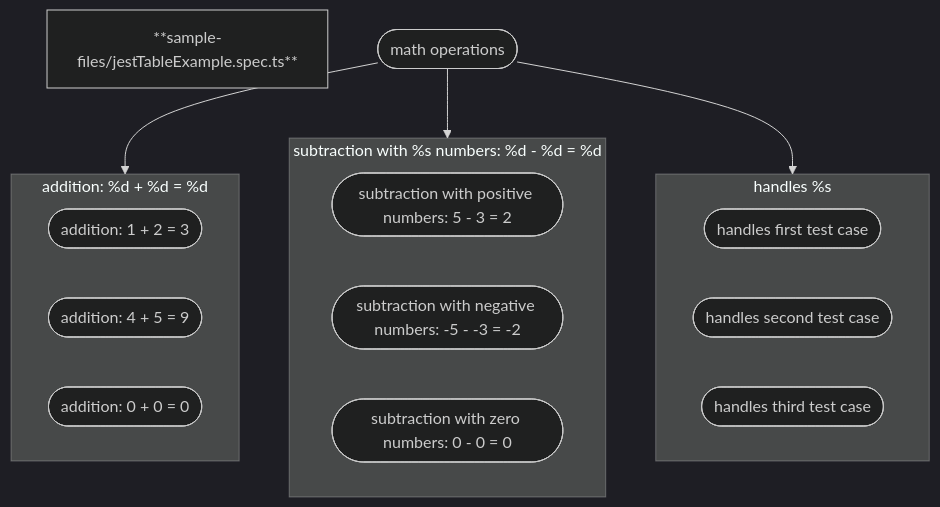
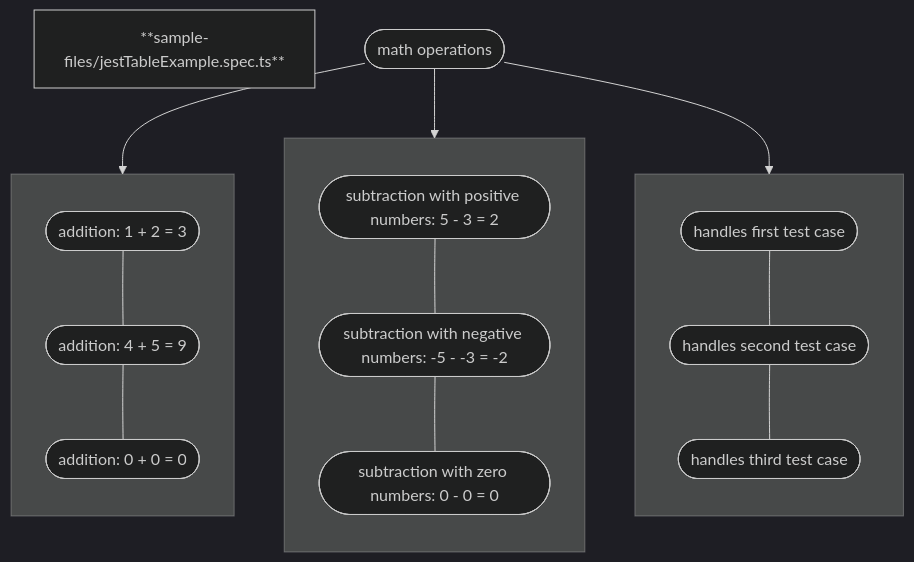
The diagram in sample-files/jestTableExample.spec.ts.mmd (arnaudrenaud/speccharts), drawn with Mermaid (dark theme) before and after one commit. The commit also changed 2 other files, not shown here.

```diff
--- a/sample-files/jestTableExample.spec.ts.mmd
+++ b/sample-files/jestTableExample.spec.ts.mmd
@@ -1,23 +1,32 @@
 flowchart TD
 title["**sample-files/jestTableExample.spec.ts**"]
 N0(["math operations"])
-subgraph subgraph_N2["addition: %d + %d = %d"]
+subgraph subgraph_N2[" "]
+  direction TB
   N3(["addition: 1 + 2 = 3"])
   N4(["addition: 4 + 5 = 9"])
   N5(["addition: 0 + 0 = 0"])
+  N3 --- N4
+  N4 --- N5
 end
 N0 --> subgraph_N2
-subgraph subgraph_N7["subtraction with %s numbers: %d - %d = %d"]
+subgraph subgraph_N7[" "]
+  direction TB
   N8(["subtraction with positive numbers: 5 - 3 = 2"])
   N9(["subtraction with negative numbers: -5 - -3 = -2"])
   N10(["subtraction with zero numbers: 0 - 0 = 0"])
+  N8 --- N9
+  N9 --- N10
 end
 N0 --> subgraph_N7
-subgraph subgraph_N12["handles %s"]
+subgraph subgraph_N12[" "]
+  direction TB
   N13(["handles first test case"])
   N14(["handles second test case"])
   N15(["handles third test case"])
+  N13 --- N14
+  N14 --- N15
 end
 N0 --> subgraph_N12
 
 %% ✴ Generated by speccharts v0.3.1 ✴ https://github.com/arnaudrenaud/speccharts
```
